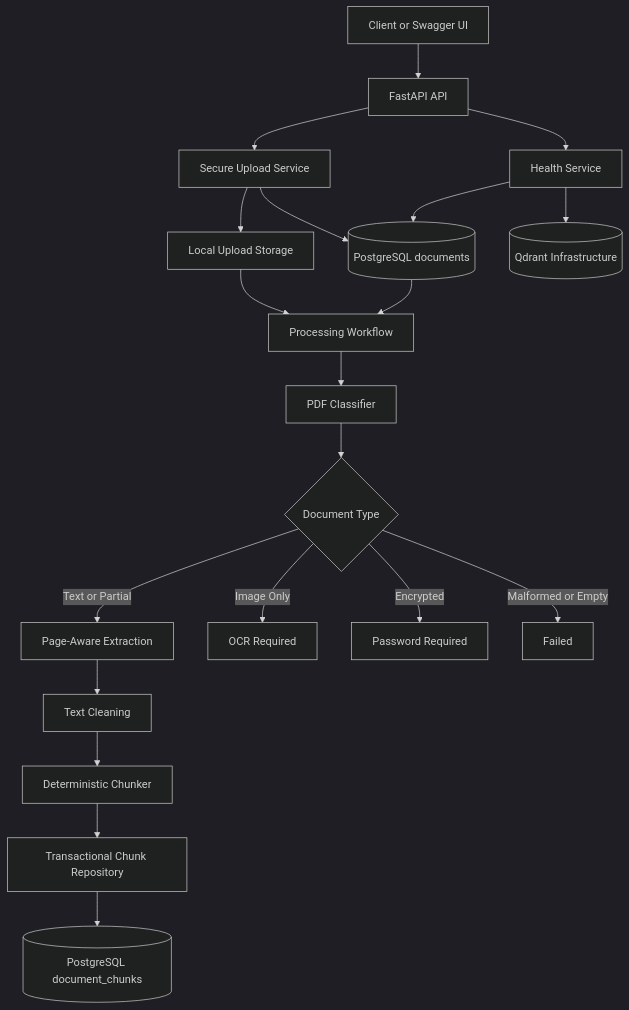
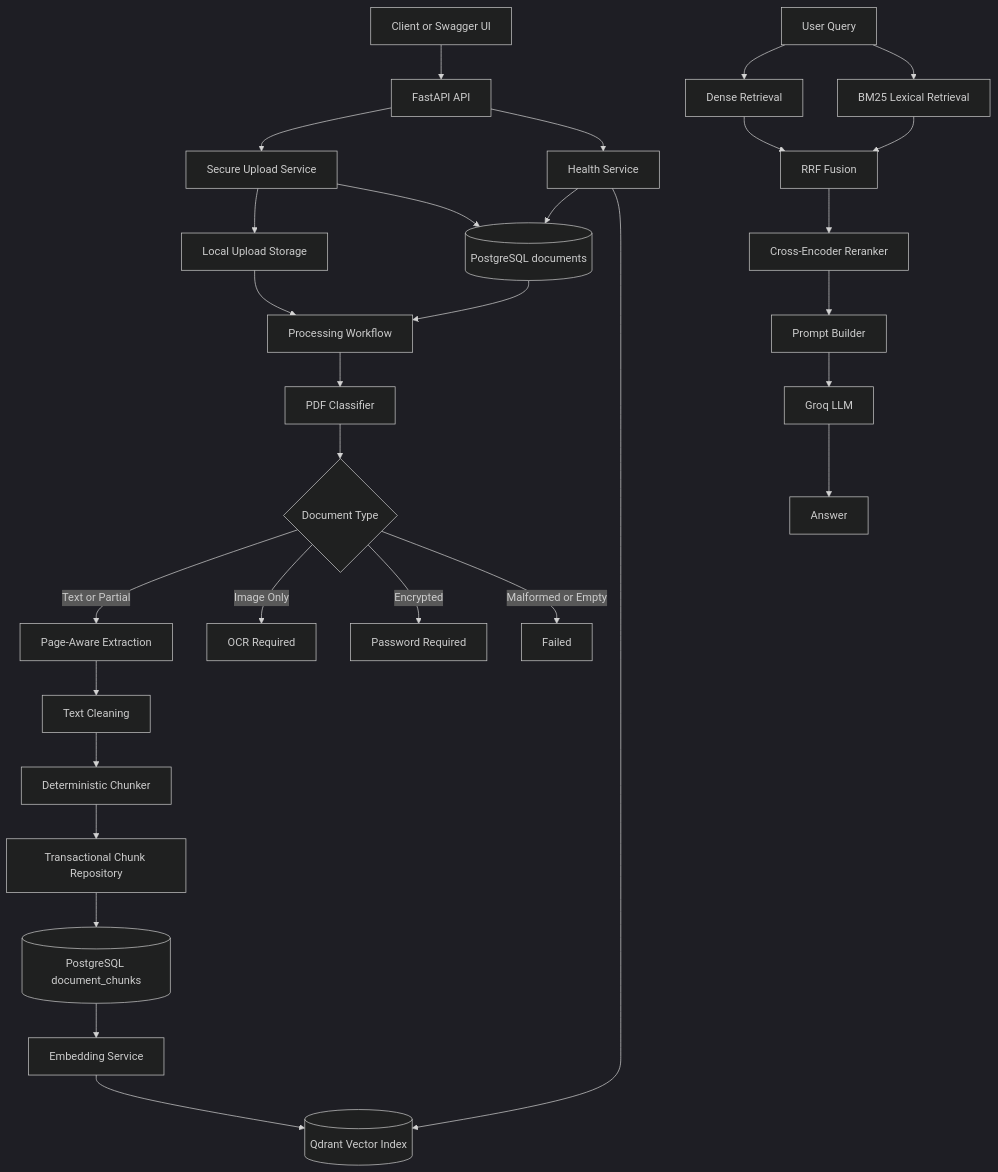
Before and after one commit to dhirenlulla/evidencevault-ai: the first of 2 diagrams in README.md, drawn with Mermaid (dark theme). The commit also changed other lines of this file, not shown here.

````diff
--- a/README.md
+++ b/README.md
@@ -349,26 +400,38 @@
 ```mermaid
 flowchart TD
     A[Client or Swagger UI] --> B[FastAPI API]
     B --> C[Secure Upload Service]
     C --> D[Local Upload Storage]
     C --> E[(PostgreSQL documents)]
 
     E --> F[Processing Workflow]
     D --> F
     F --> G[PDF Classifier]
     G --> H{Document Type}
 
     H -->|Text or Partial| I[Page-Aware Extraction]
     H -->|Image Only| J[OCR Required]
     H -->|Encrypted| K[Password Required]
     H -->|Malformed or Empty| L[Failed]
 
     I --> M[Text Cleaning]
     M --> N[Deterministic Chunker]
     N --> O[Transactional Chunk Repository]
     O --> P[(PostgreSQL document_chunks)]
 
-    B --> Q[Health Service]
-    Q --> E
-    Q --> R[(Qdrant Infrastructure)]
+    P --> Q[Embedding Service]
+    Q --> R[(Qdrant Vector Index)]
+
+    S[User Query] --> T[Dense Retrieval]
+    S --> U[BM25 Lexical Retrieval]
+    T --> V[RRF Fusion]
+    U --> V
+    V --> W[Cross-Encoder Reranker]
+    W --> X[Prompt Builder]
+    X --> Y[Groq LLM]
+    Y --> Z[Answer]
+
+    B --> AA[Health Service]
+    AA --> E
+    AA --> R
 ```
````
